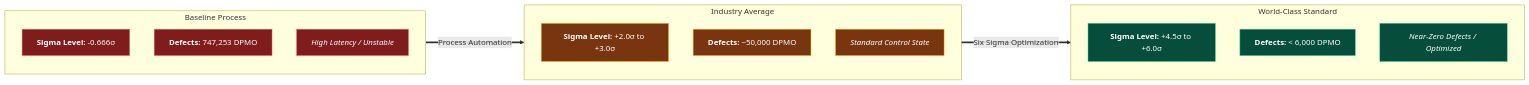
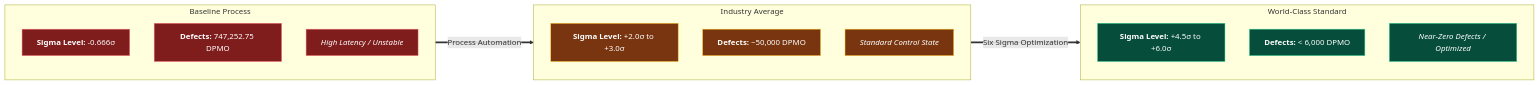
One commit to parth-t-joshi/Financial-Reporting-Process-Transformation changed the diagram in Six Sigma Green Belt reports/Statistical Baselining & Continual Improvement Framework.md. Above: the diagram before and after it, drawn with Mermaid. The commit also changed other lines of this file and 7 other files, not shown here.

````diff
--- a/Six Sigma Green Belt reports/Statistical Baselining & Continual Improvement Framework.md
+++ b/Six Sigma Green Belt reports/Statistical Baselining & Continual Improvement Framework.md
@@ -56,34 +56,34 @@
  ```mermaid
  flowchart LR
     subgraph S1 ["Baseline Process"]
         direction TB
         A1["<b>Sigma Level:</b> -0.666σ"]
-        A2["<b>Defects:</b> 747,253 DPMO"]
+        A2["<b>Defects:</b> 747,252.75 DPMO"]
         A3["<i>High Latency / Unstable</i>"]
     end
 
     subgraph S2 ["Industry Average"]
         direction TB
         B1["<b>Sigma Level:</b> +2.0σ to +3.0σ"]
         B2["<b>Defects:</b> ~50,000 DPMO"]
         B3["<i>Standard Control State</i>"]
     end
 
     subgraph S3 ["World-Class Standard"]
         direction TB
         C1["<b>Sigma Level:</b> +4.5σ to +6.0σ"]
         C2["<b>Defects:</b> < 6,000 DPMO"]
         C3["<i>Near-Zero Defects / Optimized</i>"]
     end
 
     S1 ==>|"Process Automation"| S2
     S2 ==>|"Six Sigma Optimization"| S3
 
     classDef baselineStyle fill:#7f1d1d,stroke:#f87171,color:#ffffff;
     classDef industryStyle fill:#78350f,stroke:#fbbf24,color:#ffffff;
     classDef worldStyle fill:#064e3b,stroke:#34d399,color:#ffffff;
 
     class A1,A2,A3 baselineStyle;
     class B1,B2,B3 industryStyle;
     class C1,C2,C3 worldStyle;
  ```
````
